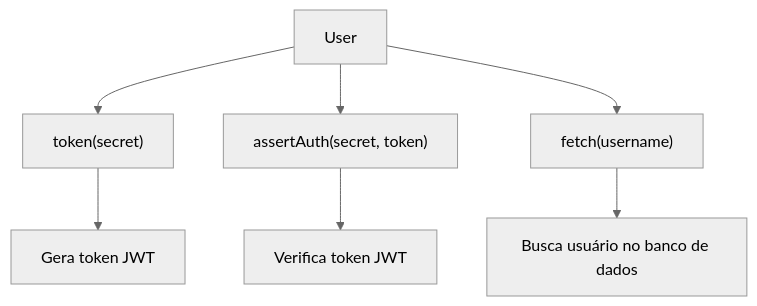
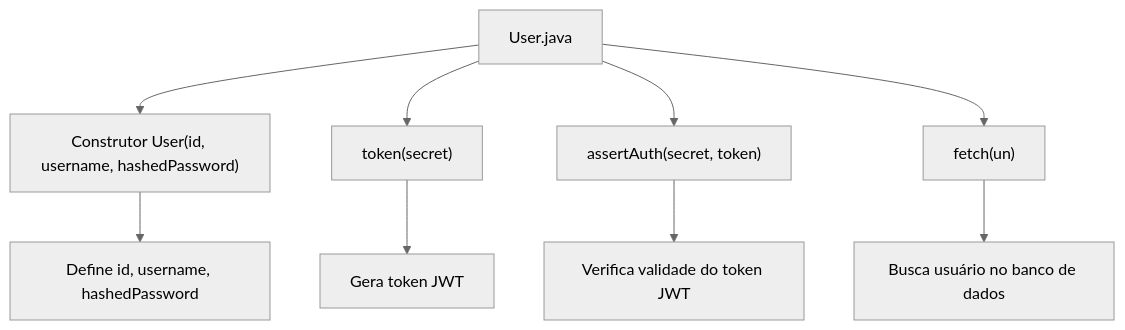
Before and after one commit to gftaimpact/demo-java-citi: the first of 2 diagrams in wiki/src/test/java/com/scalesec/vulnado/User.java.md, drawn with Mermaid (neutral theme). The commit also changed other lines of this file and 1 other file, not shown here.

````diff
--- a/wiki/src/test/java/com/scalesec/vulnado/User.java.md
+++ b/wiki/src/test/java/com/scalesec/vulnado/User.java.md
@@ -7,9 +8,11 @@
 ```mermaid
 graph TD
-    A[User] --> B["token(secret)"]
-    A --> C["assertAuth(secret, token)"]
-    A --> D["fetch(username)"]
-    B --> E["Gera token JWT"]
-    C --> F["Verifica token JWT"]
-    D --> G["Busca usuário no banco de dados"]
+    A["User.java"] --> B["Construtor User(id, username, hashedPassword)"]
+    A --> C["token(secret)"]
+    A --> D["assertAuth(secret, token)"]
+    A --> E["fetch(un)"]
+    B --> F["Define id, username, hashedPassword"]
+    C --> G["Gera token JWT"]
+    D --> H["Verifica validade do token JWT"]
+    E --> I["Busca usuário no banco de dados"]
 ```
````
